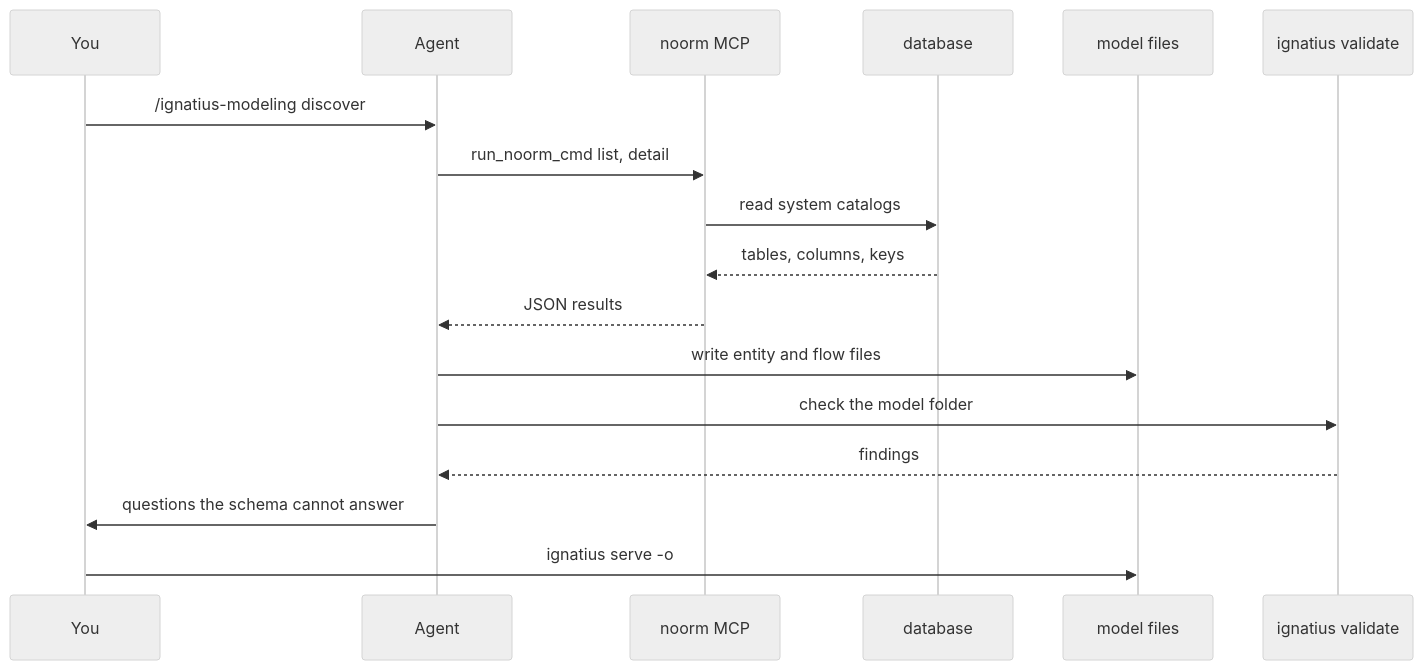
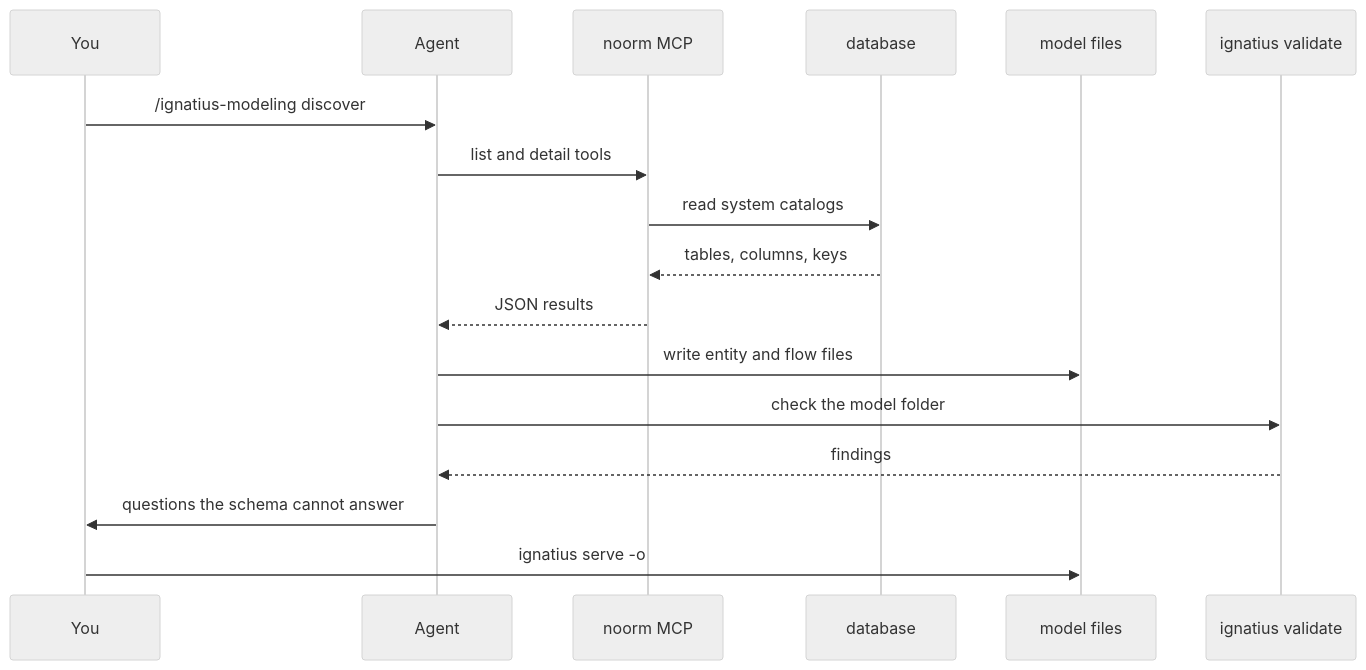
Before and after one commit to noormdev/noorm: the diagram in docs/modeling/reverse-engineering.md, drawn with Mermaid (neutral theme). The commit also changed other lines of this file and 557 other files, not shown here.

````diff
--- a/docs/modeling/reverse-engineering.md
+++ b/docs/modeling/reverse-engineering.md
@@ -12,19 +12,19 @@
 ```mermaid
 sequenceDiagram
     participant You
     participant Agent
     participant MCP as noorm MCP
     participant DB as database
     participant Files as model files
     participant Validate as ignatius validate
     You->>Agent: /ignatius-modeling discover
-    Agent->>MCP: run_noorm_cmd list, detail
+    Agent->>MCP: list and detail tools
     MCP->>DB: read system catalogs
     DB-->>MCP: tables, columns, keys
     MCP-->>Agent: JSON results
     Agent->>Files: write entity and flow files
     Agent->>Validate: check the model folder
     Validate-->>Agent: findings
     Agent->>You: questions the schema cannot answer
     You->>Files: ignatius serve -o
 ```
````
